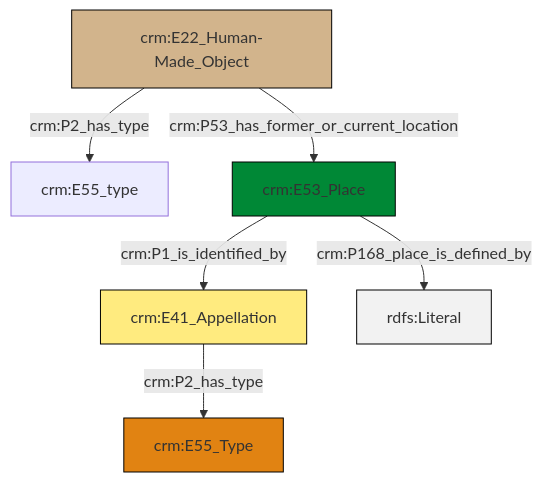
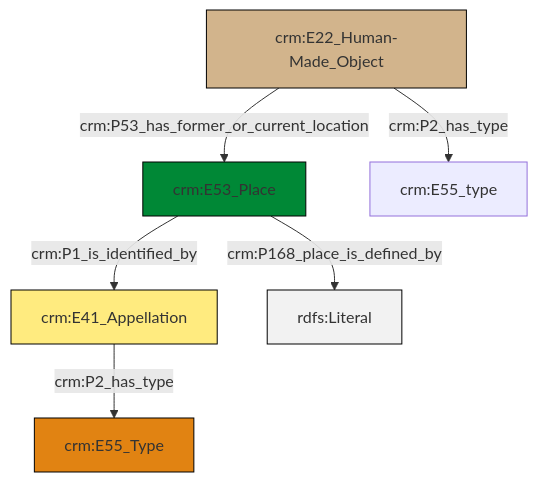
One commit to swiss-art-research-net/docs.swissartresearch changed the diagram in et/builtWorkCSV/ttl/mmd/Built_Work_location.ttl.mmd. Above: the diagram before and after it, drawn with Mermaid. The commit also changed 181 other files, not shown here.

```diff
--- a/et/builtWorkCSV/ttl/mmd/Built_Work_location.ttl.mmd
+++ b/et/builtWorkCSV/ttl/mmd/Built_Work_location.ttl.mmd
@@ -1,20 +1,20 @@
 graph TD
 classDef Literal fill:#f2f2f2,stroke:#000000;
 classDef CRM_Entity fill:#FFFFFF,stroke:#000000;
 classDef Temporal_Entity fill:#00C9E6, stroke:#000000;
 classDef Type fill:#E18312, stroke:#000000;
 classDef Time-Span fill:#2C9C91, stroke:#000000;
 classDef Appellation fill:#FFEB7F, stroke:#000000;
 classDef Place fill:#008836, stroke:#000000;
 classDef Persistent_Item fill:#B266B2, stroke:#000000;
 classDef Conceptual_Object fill:#FFD700, stroke:#000000;
 classDef Physical_Thing fill:#D2B48C, stroke:#000000;
 classDef Actor fill:#f58aad, stroke:#000000;
 classDef PC_Classes fill:#4ce600, stroke:#000000;
 classDef Multi fill:#cccccc,stroke:#000000;
 
-2["crm:E22_Human-Made_Object"]:::Physical_Thing -->|crm:P2_has_type| 0["crm:E55_type"]:::Default
-3["crm:E53_Place"]:::Place -->|crm:P1_is_identified_by| 7["crm:E41_Appellation"]:::Appellation
-2["crm:E22_Human-Made_Object"]:::Physical_Thing -->|crm:P53_has_former_or_current_location| 3["crm:E53_Place"]:::Place
-3["crm:E53_Place"]:::Place -->|crm:P168_place_is_defined_by| 11[rdfs:Literal]:::Literal
-7["crm:E41_Appellation"]:::Appellation -->|crm:P2_has_type| 5["crm:E55_Type"]:::Type
+3["crm:E22_Human-Made_Object"]:::Physical_Thing -->|crm:P53_has_former_or_current_location| 4["crm:E53_Place"]:::Place
+4["crm:E53_Place"]:::Place -->|crm:P168_place_is_defined_by| 7[rdfs:Literal]:::Literal
+4["crm:E53_Place"]:::Place -->|crm:P1_is_identified_by| 5["crm:E41_Appellation"]:::Appellation
+3["crm:E22_Human-Made_Object"]:::Physical_Thing -->|crm:P2_has_type| 8["crm:E55_type"]:::Default
+5["crm:E41_Appellation"]:::Appellation -->|crm:P2_has_type| 0["crm:E55_Type"]:::Type
```
